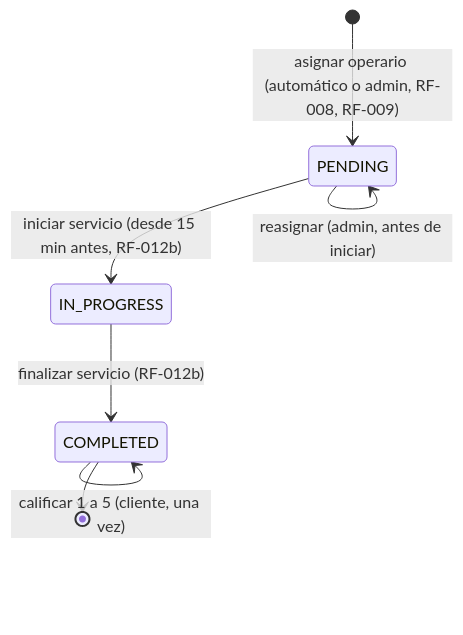
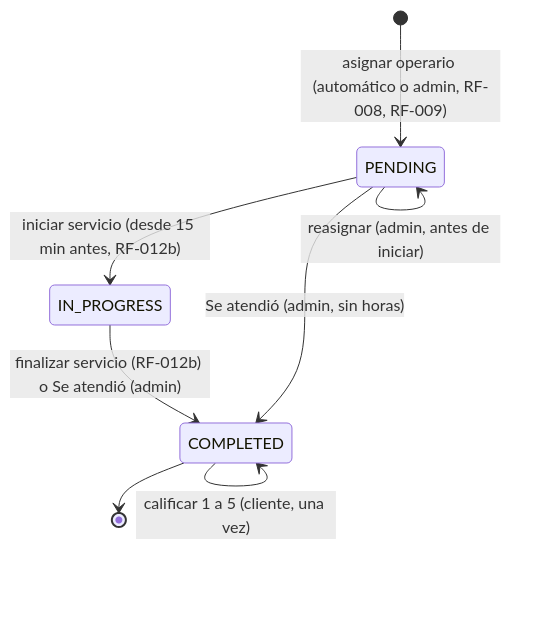
Before and after one commit to BrayanCABRERA123/lavarapido-docs: diagram 23 of 26 in 02_DOCUMENTACION_DE_ANALISIS_DEL_SOFTWARE/ES/MD/documentacion-de-analisis-del-software.md, drawn with Mermaid. The commit also changed other lines of this file and 2 other files, not shown here.

Commit message:
docs(analysis): correct the booking and execution states and fix a diagram label that broke the payment sequence in Spanish

````diff
--- a/02_DOCUMENTACION_DE_ANALISIS_DEL_SOFTWARE/ES/MD/documentacion-de-analisis-del-software.md
+++ b/02_DOCUMENTACION_DE_ANALISIS_DEL_SOFTWARE/ES/MD/documentacion-de-analisis-del-software.md
@@ -878,9 +878,10 @@
 ```mermaid
 stateDiagram-v2
     [*] --> PENDING : asignar operario (automático o admin, RF-008, RF-009)
     PENDING --> PENDING : reasignar (admin, antes de iniciar)
     PENDING --> IN_PROGRESS : iniciar servicio (desde 15 min antes, RF-012b)
-    IN_PROGRESS --> COMPLETED : finalizar servicio (RF-012b)
+    IN_PROGRESS --> COMPLETED : finalizar servicio (RF-012b) o Se atendió (admin)
+    PENDING --> COMPLETED : Se atendió (admin, sin horas)
     COMPLETED --> COMPLETED : calificar 1 a 5 (cliente, una vez)
     COMPLETED --> [*]
 ```
````
